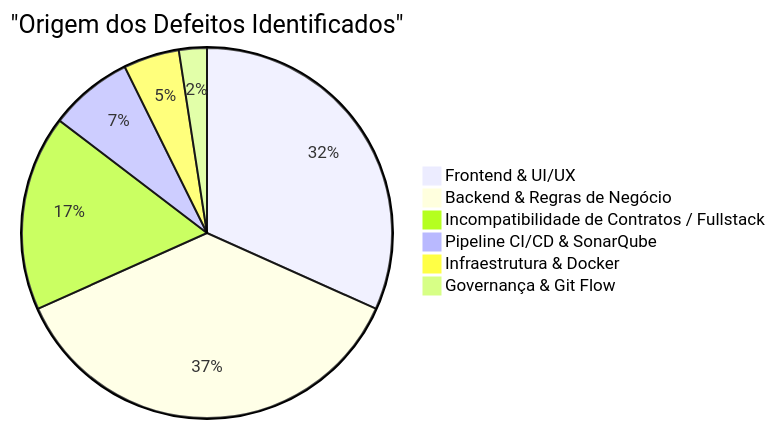
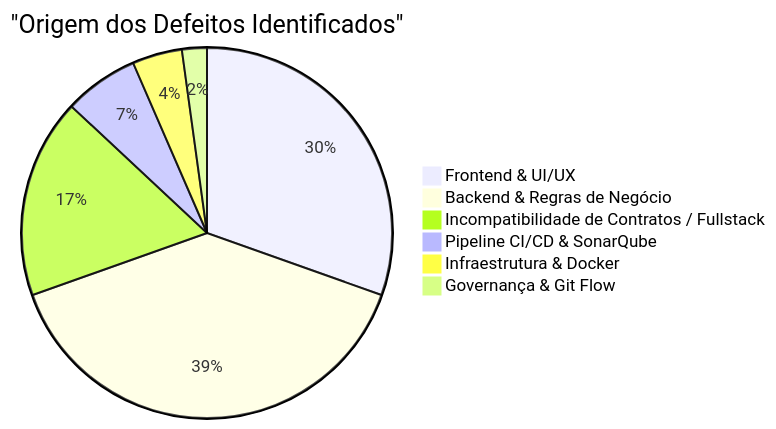
Before and after one commit to ADS-IFPB-SR/alumigest: the diagram in docs/projeto-001/003-teste/RBD-Registro_de_Bugs_e_Defeitos.md, drawn with Mermaid. The commit also changed other lines of this file and 33 other files, not shown here.

````diff
--- a/docs/projeto-001/003-teste/RBD-Registro_de_Bugs_e_Defeitos.md
+++ b/docs/projeto-001/003-teste/RBD-Registro_de_Bugs_e_Defeitos.md
@@ -1298,9 +1423,9 @@
 ```mermaid
 pie title "Origem dos Defeitos Identificados"
-    "Frontend & UI/UX" : 13
-    "Backend & Regras de Negócio" : 15
-    "Incompatibilidade de Contratos / Fullstack" : 7
+    "Frontend & UI/UX" : 14
+    "Backend & Regras de Negócio" : 18
+    "Incompatibilidade de Contratos / Fullstack" : 8
     "Pipeline CI/CD & SonarQube" : 3
     "Infraestrutura & Docker" : 2
     "Governança & Git Flow" : 1
 ```
````
